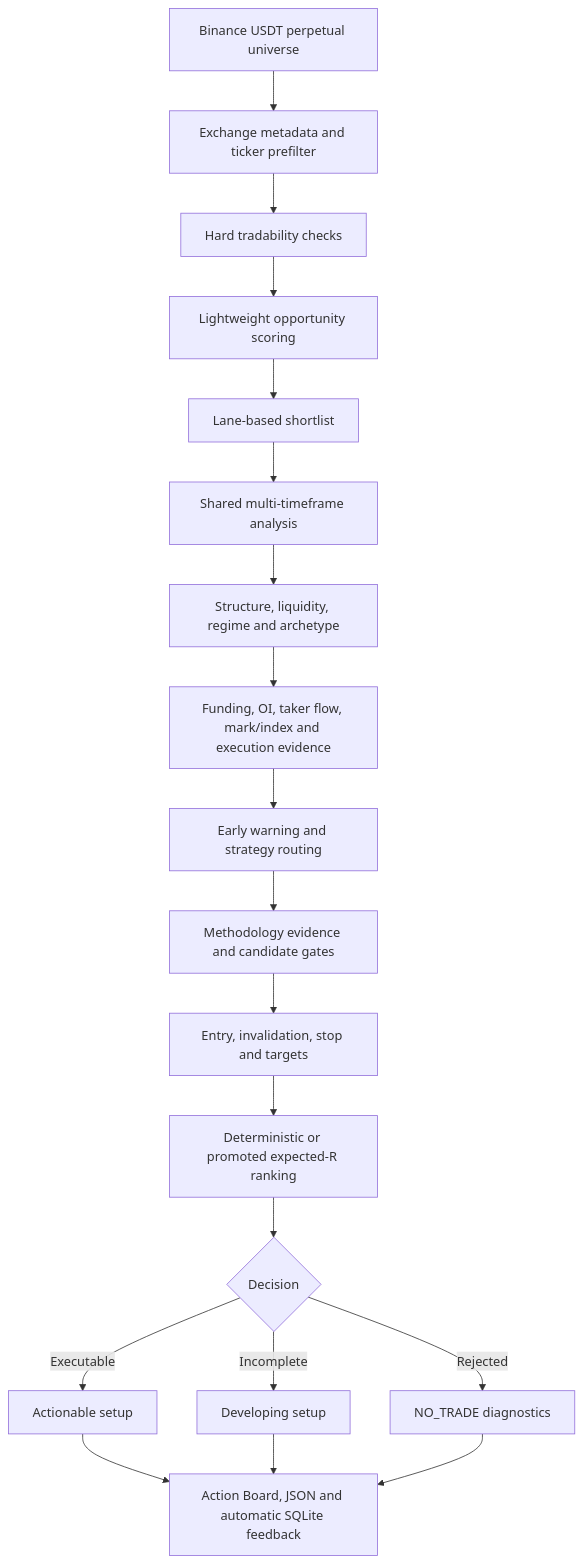
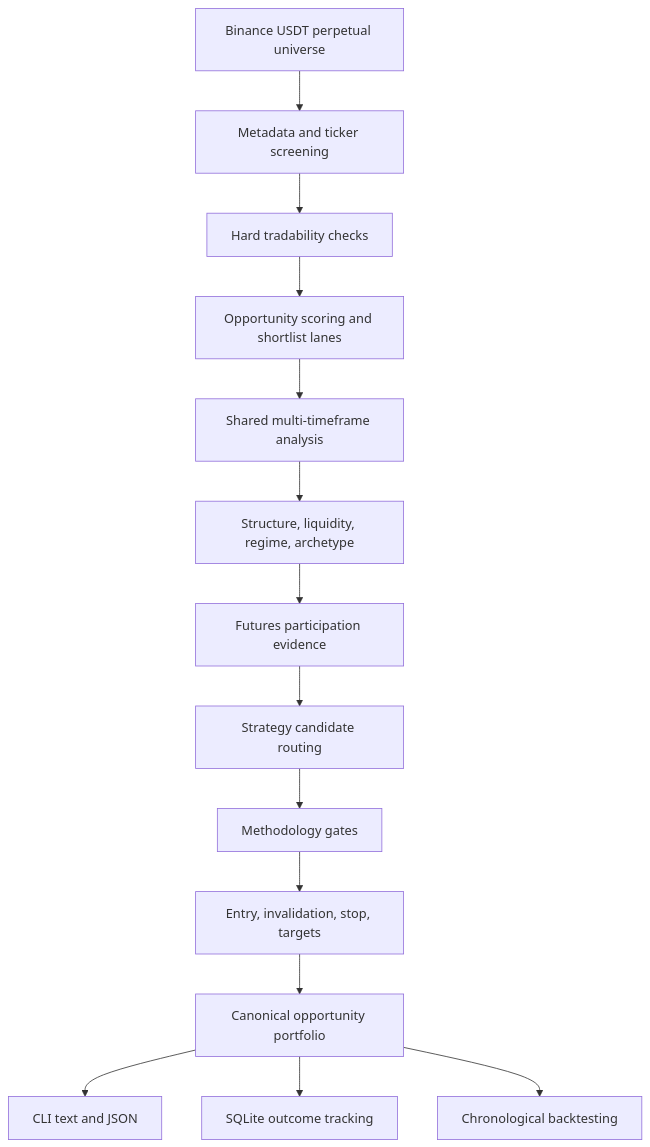
Before and after one commit to mshahwaiz-ali/apex: the diagram in README.md, drawn with Mermaid. The commit also changed other lines of this file and 1 other file, not shown here.

Commit message:
refresh CLI documentation

````diff
--- a/README.md
+++ b/README.md
@@ -50,21 +119,16 @@
 ```mermaid
 flowchart TD
-    A[Binance USDT perpetual universe] --> B[Exchange metadata and ticker prefilter]
+    A[Binance USDT perpetual universe] --> B[Metadata and ticker screening]
     B --> C[Hard tradability checks]
-    C --> D[Lightweight opportunity scoring]
-    D --> E[Lane-based shortlist]
-    E --> F[Shared multi-timeframe analysis]
-    F --> G[Structure, liquidity, regime and archetype]
-    G --> H[Funding, OI, taker flow, mark/index and execution evidence]
-    H --> I[Early warning and strategy routing]
-    I --> J[Methodology evidence and candidate gates]
-    J --> K[Entry, invalidation, stop and targets]
-    K --> Q[Deterministic or promoted expected-R ranking]
-    Q --> L{Decision}
-    L -->|Executable| M[Actionable setup]
-    L -->|Incomplete| N[Developing setup]
-    L -->|Rejected| O[NO_TRADE diagnostics]
-    M --> P[Action Board, JSON and automatic SQLite feedback]
-    N --> P
-    O --> P
+    C --> D[Opportunity scoring and shortlist lanes]
+    D --> E[Shared multi-timeframe analysis]
+    E --> F[Structure, liquidity, regime, archetype]
+    F --> G[Futures participation evidence]
+    G --> H[Strategy candidate routing]
+    H --> I[Methodology gates]
+    I --> J[Entry, invalidation, stop, targets]
+    J --> K[Canonical opportunity portfolio]
+    K --> L[CLI text and JSON]
+    K --> M[SQLite outcome tracking]
+    K --> N[Chronological backtesting]
 ```
````
